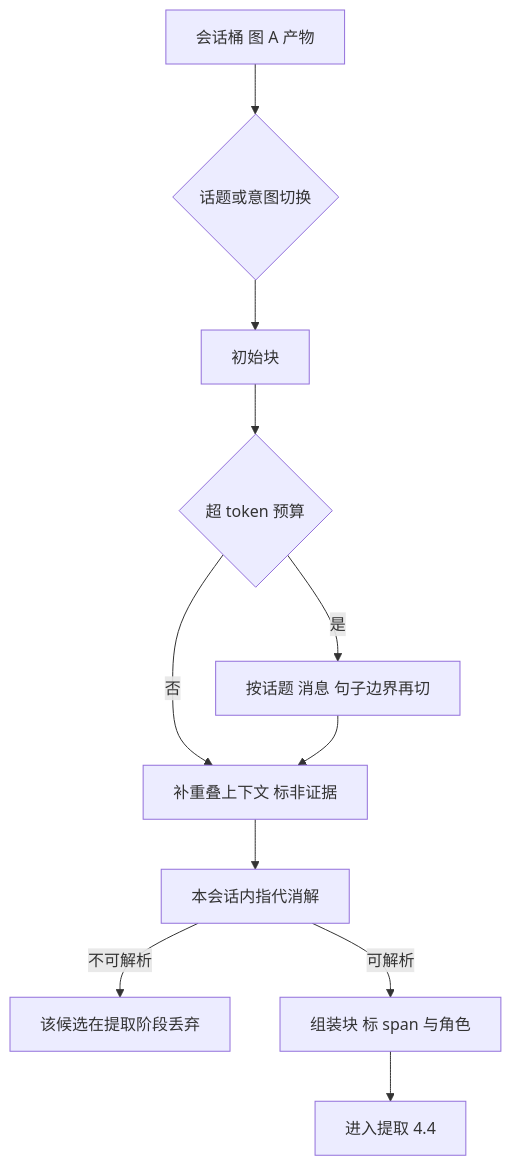
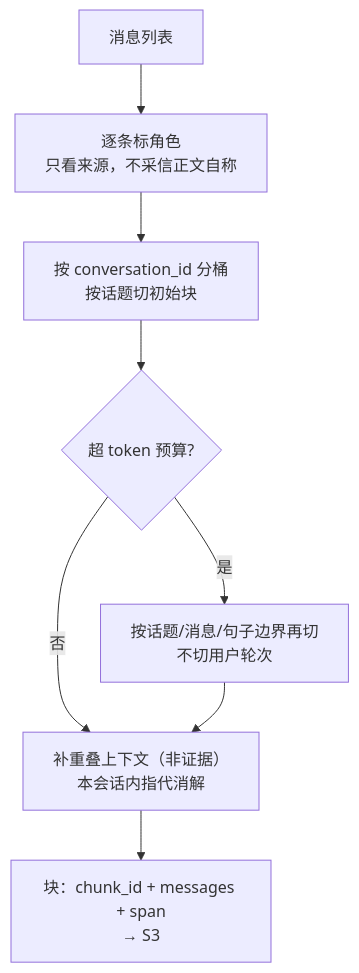
One commit to luming1617/mms changed the third of 10 diagrams in docs/2-详细设计/04-记忆抽取.md. Above: the diagram before and after it, drawn with Mermaid. The commit also changed other lines of this file and 37 other files, not shown here.

````diff
--- a/docs/2-详细设计/04-记忆抽取.md
+++ b/docs/2-详细设计/04-记忆抽取.md
@@ -125,13 +69,10 @@
 ```mermaid
 flowchart TD
-  E["会话桶 图 A 产物"] --> F{"话题或意图切换"}
-  F --> G["初始块"]
-  G --> H{"超 token 预算"}
-  H -->|是| I["按话题 消息 句子边界再切"]
-  H -->|否| J["补重叠上下文 标非证据"]
-  I --> J
-  J --> K["本会话内指代消解"]
-  K -->|不可解析| L["该候选在提取阶段丢弃"]
-  K -->|可解析| M["组装块 标 span 与角色"]
-  M --> N["进入提取 4.4"]
+  M["消息列表"] --> R["逐条标角色<br/>只看来源，不采信正文自称"]
+  R --> B["按 conversation_id 分桶<br/>按话题切初始块"]
+  B --> T{"超 token 预算?"}
+  T -->|是| S["按话题/消息/句子边界再切<br/>不切用户轮次"]
+  T -->|否| O["补重叠上下文（非证据）<br/>本会话内指代消解"]
+  S --> O
+  O --> X["块：chunk_id + messages + span<br/>→ S3"]
 ```
````
